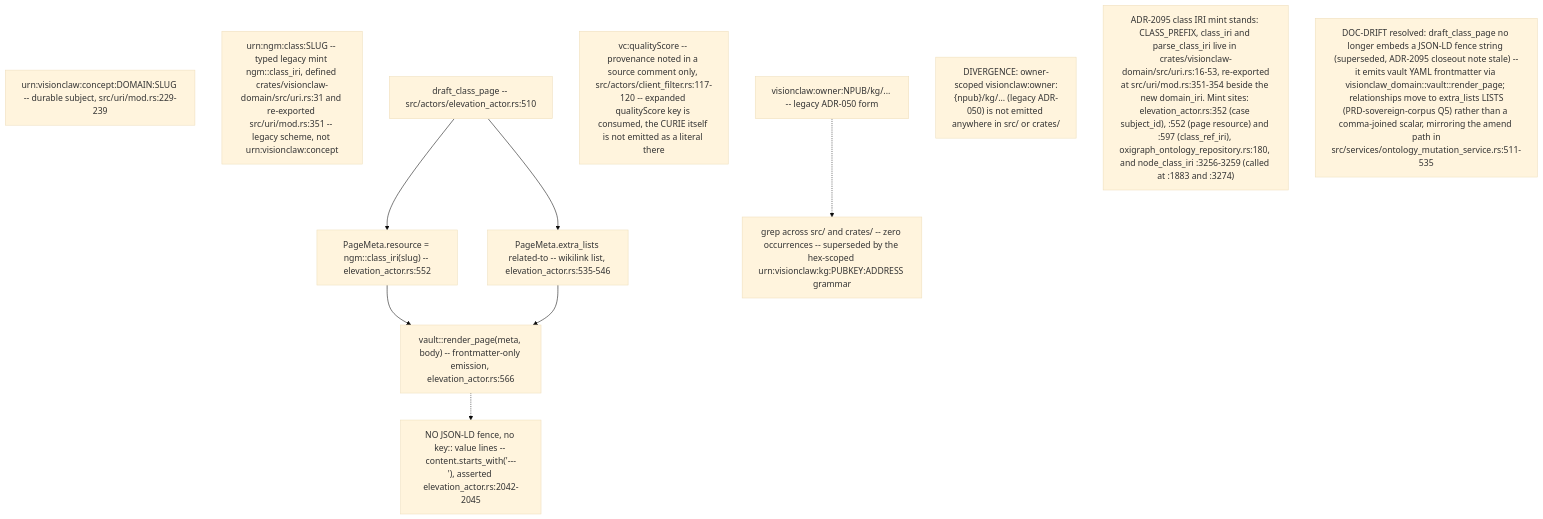
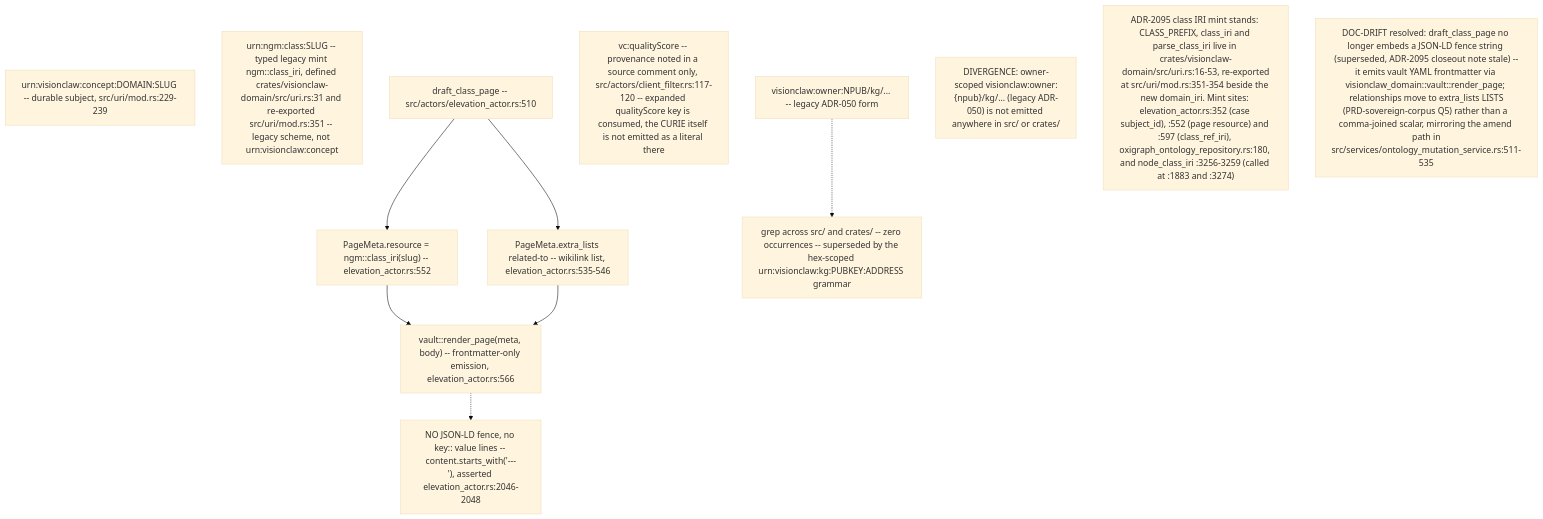
Before and after one commit to DreamLab-AI/VisionFlow: the ninth of 10 diagrams in docs/diagrams/visionclaw/23-identifiers-urn-did-sha12.md, drawn with Mermaid (base theme). The commit also changed 1 other file, not shown here.

Commit message:
diagrams(visionclaw): fix three skeptic-found citation ranges at visionclaw 4900ec60b
- VC-23 NoFence: the content.starts_with("---\n") and no-fence / no-"::"
  asserts are at src/actors/elevation_actor.rs:2046-2048, not 2042-2045
  (2042 is the path assert_eq, 2043-2045 a blank line and comment).
- VC-22 business line: the source-review section of
  docs/DATA-authority-erasure.md runs 275-290 (heading to section end);
  276 was blank and 290 was left out.
- VC-22 share store node: opened at src/app_state.rs:477-483, matching the
  drift prose; 476 is the comment line.

````diff
--- a/docs/diagrams/visionclaw/23-identifiers-urn-did-sha12.md
+++ b/docs/diagrams/visionclaw/23-identifiers-urn-did-sha12.md
@@ -328,16 +328,16 @@
 ```mermaid
 flowchart TD
     Concept["urn:visionclaw:concept:DOMAIN:SLUG -- durable subject, src/uri/mod.rs:229-239"]
     LegacyClass["urn:ngm:class:SLUG -- typed legacy mint ngm::class_iri, defined crates/visionclaw-domain/src/uri.rs:31 and re-exported src/uri/mod.rs:351 -- legacy scheme, not urn:visionclaw:concept"]
     Draft["draft_class_page -- src/actors/elevation_actor.rs:510"] --> Meta["PageMeta.resource = ngm::class_iri(slug) -- elevation_actor.rs:552"]
     Draft --> Lists["PageMeta.extra_lists related-to -- wikilink list, elevation_actor.rs:535-546"]
     Meta --> Render["vault::render_page(meta, body) -- frontmatter-only emission, elevation_actor.rs:566"]
     Lists --> Render
-    Render -.-> NoFence["NO JSON-LD fence, no key:: value lines -- content.starts_with('---\n'), asserted elevation_actor.rs:2042-2045"]
+    Render -.-> NoFence["NO JSON-LD fence, no key:: value lines -- content.starts_with('---\n'), asserted elevation_actor.rs:2046-2048"]
     QS["vc:qualityScore -- provenance noted in a source comment only, src/actors/client_filter.rs:117-120 -- expanded qualityScore key is consumed, the CURIE itself is not emitted as a literal there"]
     OwnerScoped["visionclaw:owner:NPUB/kg/... -- legacy ADR-050 form"] -.-> Absent["grep across src/ and crates/ -- zero occurrences -- superseded by the hex-scoped urn:visionclaw:kg:PUBKEY:ADDRESS grammar"]
 
     DivB["DIVERGENCE: owner-scoped visionclaw:owner:{npub}/kg/... (legacy ADR-050) is not emitted anywhere in src/ or crates/"]
     DriftX["ADR-2095 class IRI mint stands: CLASS_PREFIX, class_iri and parse_class_iri live in crates/visionclaw-domain/src/uri.rs:16-53, re-exported<br/>at src/uri/mod.rs:351-354 beside the new domain_iri. Mint sites: elevation_actor.rs:352 (case subject_id), :552 (page resource) and :597 (class_ref_iri), oxigraph_ontology_repository.rs:180, and node_class_iri :3256-3259 (called at :1883 and :3274)"]
     Refactor["DOC-DRIFT resolved: draft_class_page no longer embeds a JSON-LD fence string (superseded, ADR-2095 closeout note stale) --<br/>it emits vault YAML frontmatter via visionclaw_domain::vault::render_page; relationships move to extra_lists LISTS<br/>(PRD-sovereign-corpus Q5) rather than a comma-joined scalar, mirroring the amend path in<br/>src/services/ontology_mutation_service.rs:511-535"]
 ```
````
